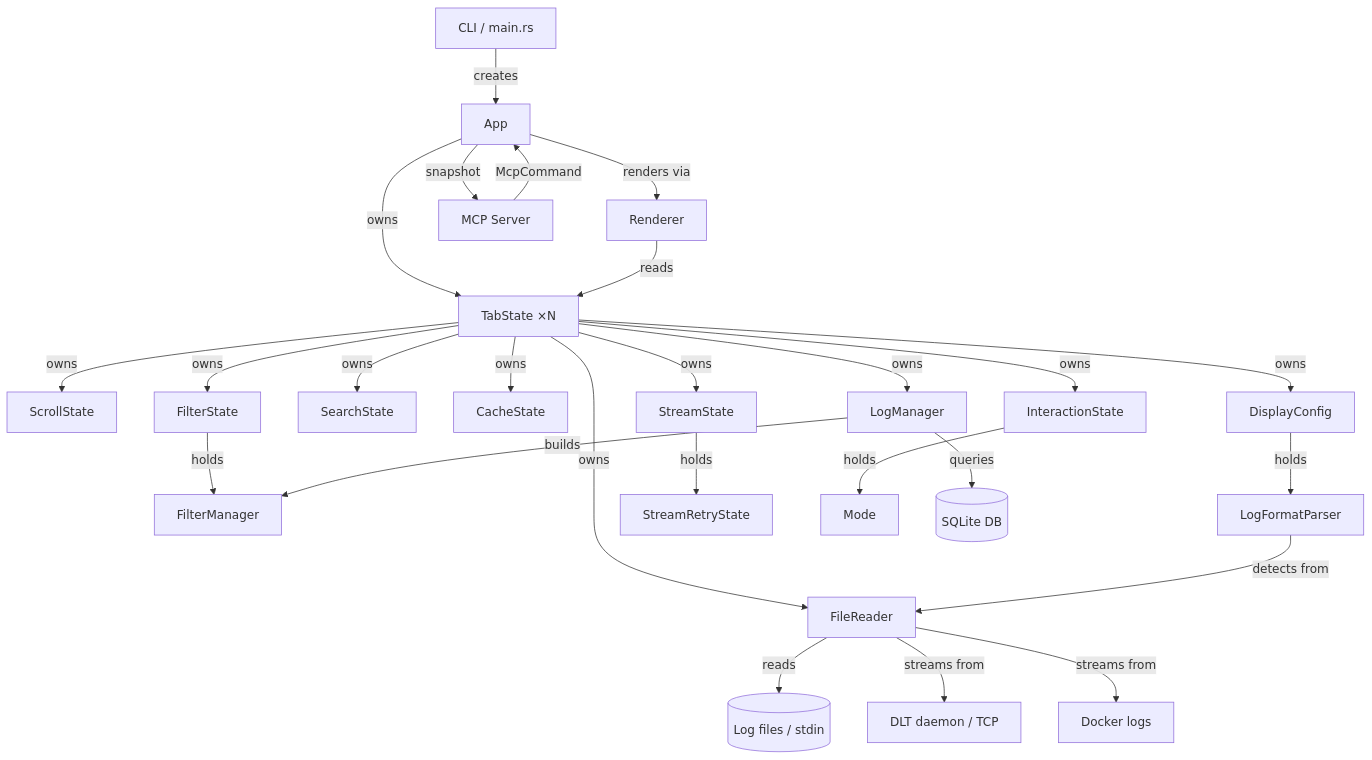
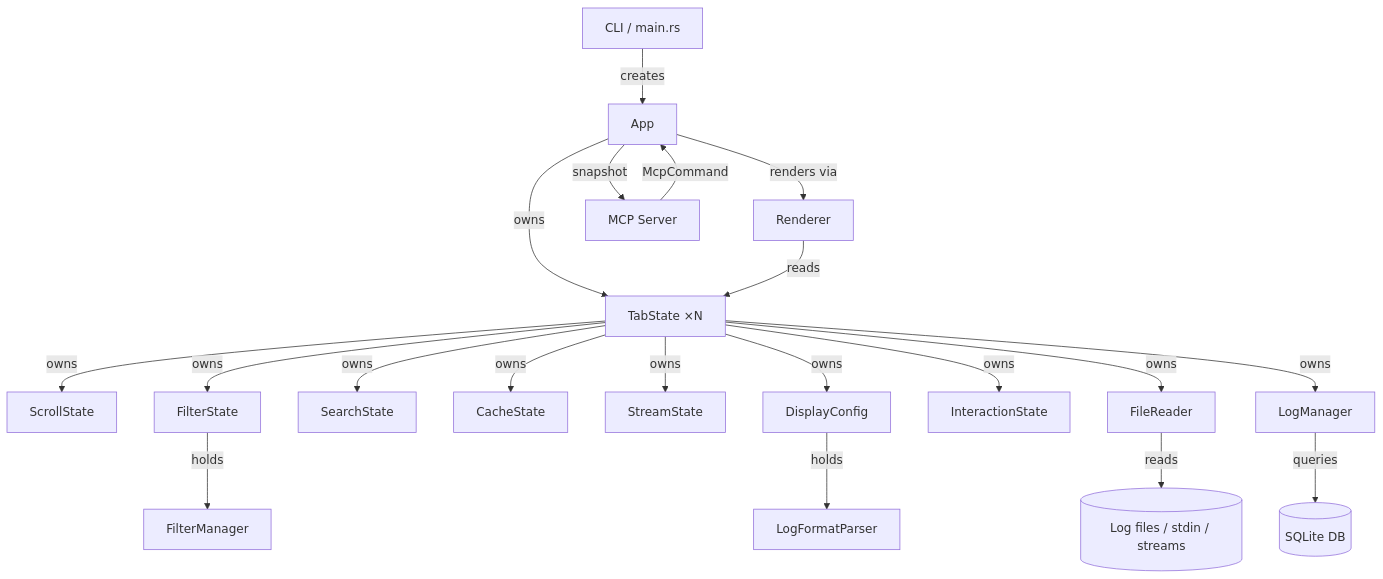
Before and after one commit to pauloremoli/logana: the first of 7 diagrams in ARCHITECTURE.md, drawn with Mermaid. The commit also changed other lines of this file and 10 other files, not shown here.

````diff
--- a/ARCHITECTURE.md
+++ b/ARCHITECTURE.md
@@ -70,28 +23,22 @@
 ```mermaid
-flowchart TD
+graph TD
     CLI[CLI / main.rs] -->|creates| App[App]
     App -->|owns| Tab[TabState ×N]
     App -->|renders via| Renderer[Renderer]
     Tab -->|owns| Scroll[ScrollState]
     Tab -->|owns| Filter[FilterState]
     Tab -->|owns| Search[SearchState]
     Tab -->|owns| Cache[CacheState]
     Tab -->|owns| Stream[StreamState]
     Tab -->|owns| Display[DisplayConfig]
     Tab -->|owns| Interaction[InteractionState]
     Tab -->|owns| FileReader[FileReader]
     Tab -->|owns| LogManager[LogManager]
     Filter -->|holds| FM[FilterManager]
     Display -->|holds| Parser[LogFormatParser]
-    Stream -->|holds| Retry[StreamRetryState]
-    Interaction -->|holds| Mode[Mode]
     LogManager -->|queries| DB[(SQLite DB)]
-    LogManager -->|builds| FM
-    FileReader -->|reads| Files[(Log files / stdin)]
-    FileReader -->|streams from| DLT[DLT daemon / TCP]
-    FileReader -->|streams from| Docker[Docker logs]
+    FileReader -->|reads| Files[(Log files / stdin / streams)]
     Renderer -->|reads| Tab
-    Parser -->|detects from| FileReader
     App -->|snapshot| MCP[MCP Server]
     MCP -->|McpCommand| App
 ```
````
